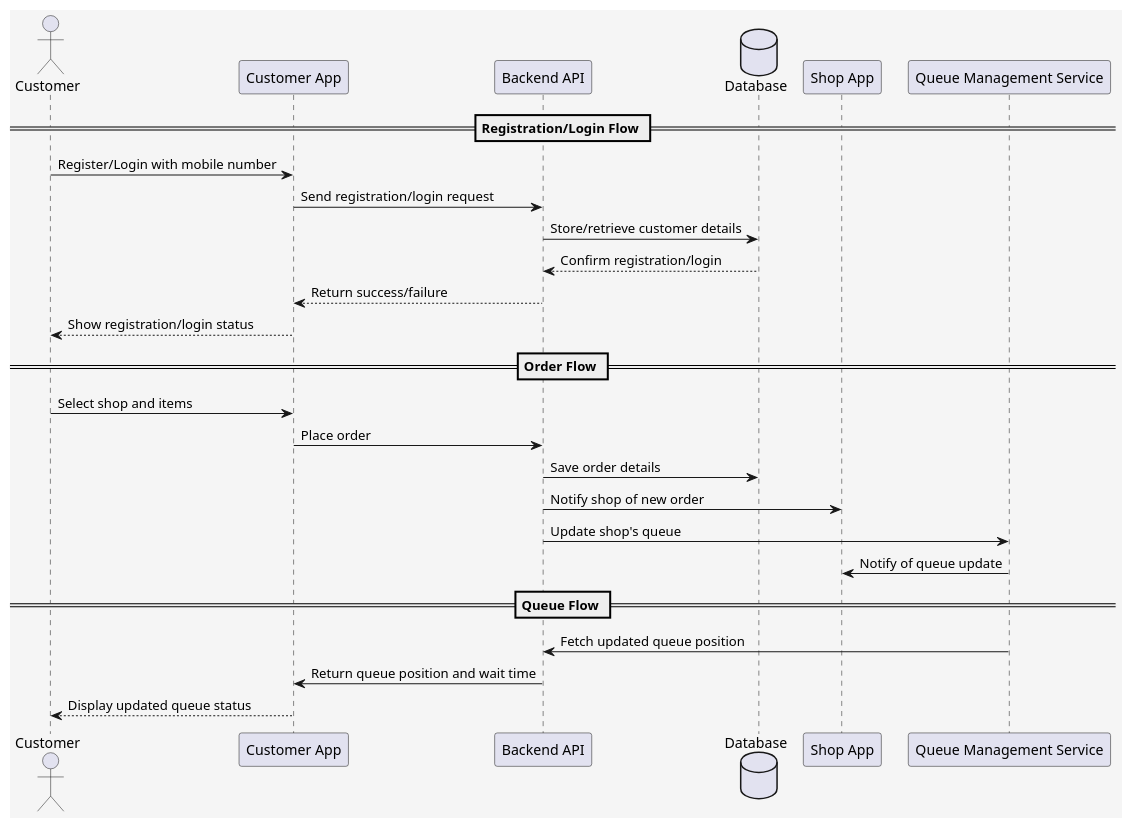
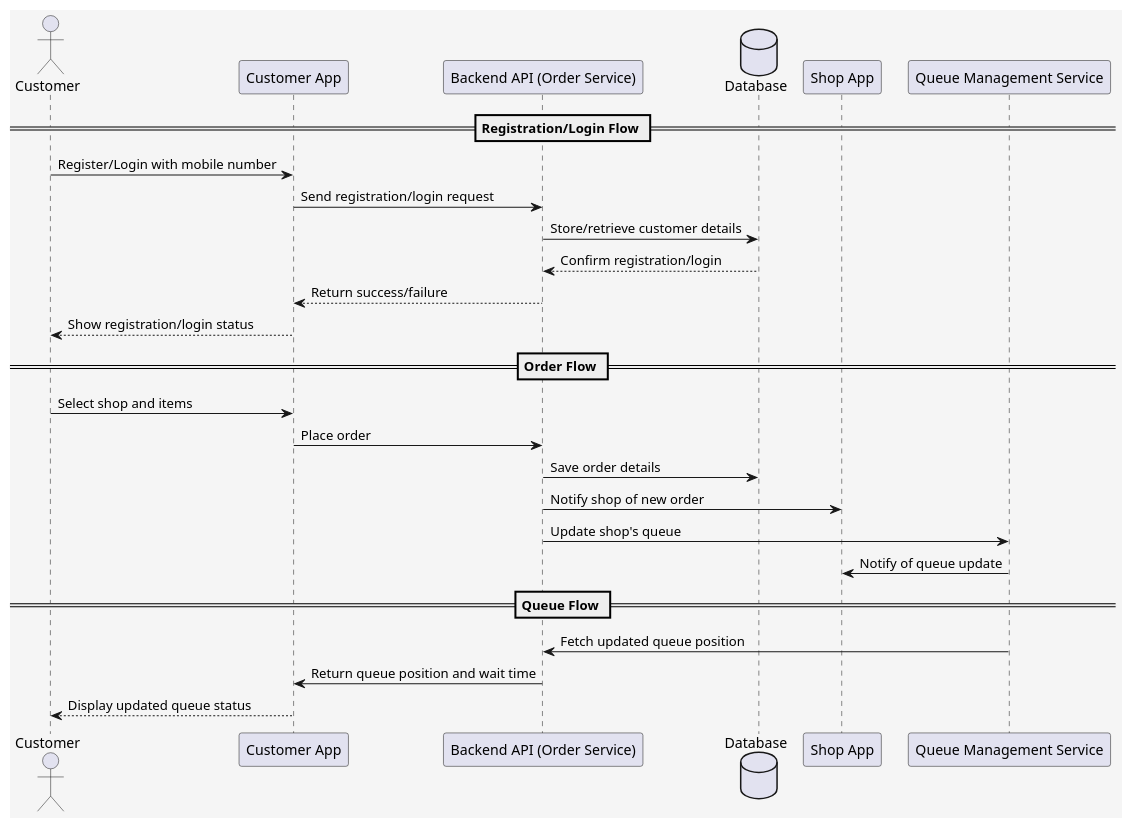
One commit to viettq1997/coffeeshopchain changed the diagram in design/dataflow/DataFlowDiagram.puml. Above: the diagram before and after it, drawn with PlantUML. The commit also changed 2 other files, not shown here.

Commit message:
main: Update title from Backend API -> Backend API (Order Service)

```diff
--- a/design/dataflow/DataFlowDiagram.puml
+++ b/design/dataflow/DataFlowDiagram.puml
@@ -1,37 +1,37 @@
 @startuml
 skinparam backgroundColor #F5F5F5
 skinparam rectangle {
     BackgroundColor #ECF0F1
     BorderColor #2C3E50
     FontColor #2C3E50
 }
 
 actor Customer
 participant "Customer App" as App
-participant "Backend API" as API
+participant "Backend API (Order Service)" as API
 database "Database" as DB
 participant "Shop App" as Shop
 participant "Queue Management Service" as Queue
 
 == Registration/Login Flow ==
 Customer -> App: Register/Login with mobile number
 App -> API: Send registration/login request
 API -> DB: Store/retrieve customer details
 DB --> API: Confirm registration/login
 API --> App: Return success/failure
 App --> Customer: Show registration/login status
 
 == Order Flow ==
 Customer -> App: Select shop and items
 App -> API: Place order
 API -> DB: Save order details
 API -> Shop: Notify shop of new order
 API -> Queue: Update shop's queue
 Queue -> Shop: Notify of queue update
 
 == Queue Flow ==
 Queue -> API: Fetch updated queue position
 API -> App: Return queue position and wait time
 App --> Customer: Display updated queue status
 
 @enduml
```
